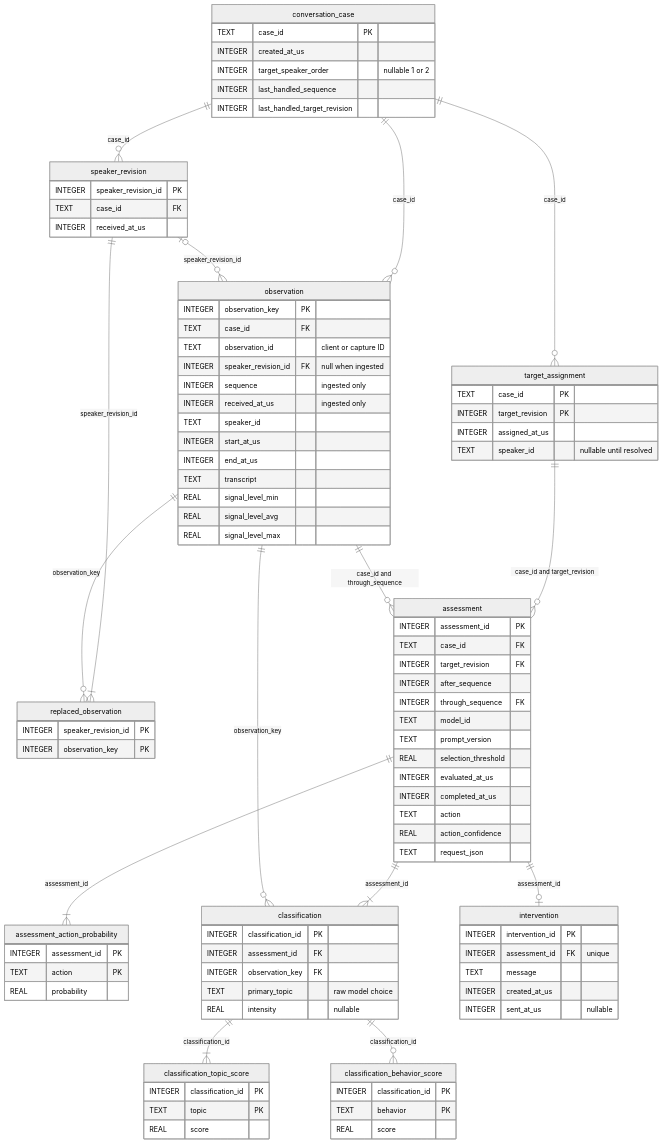
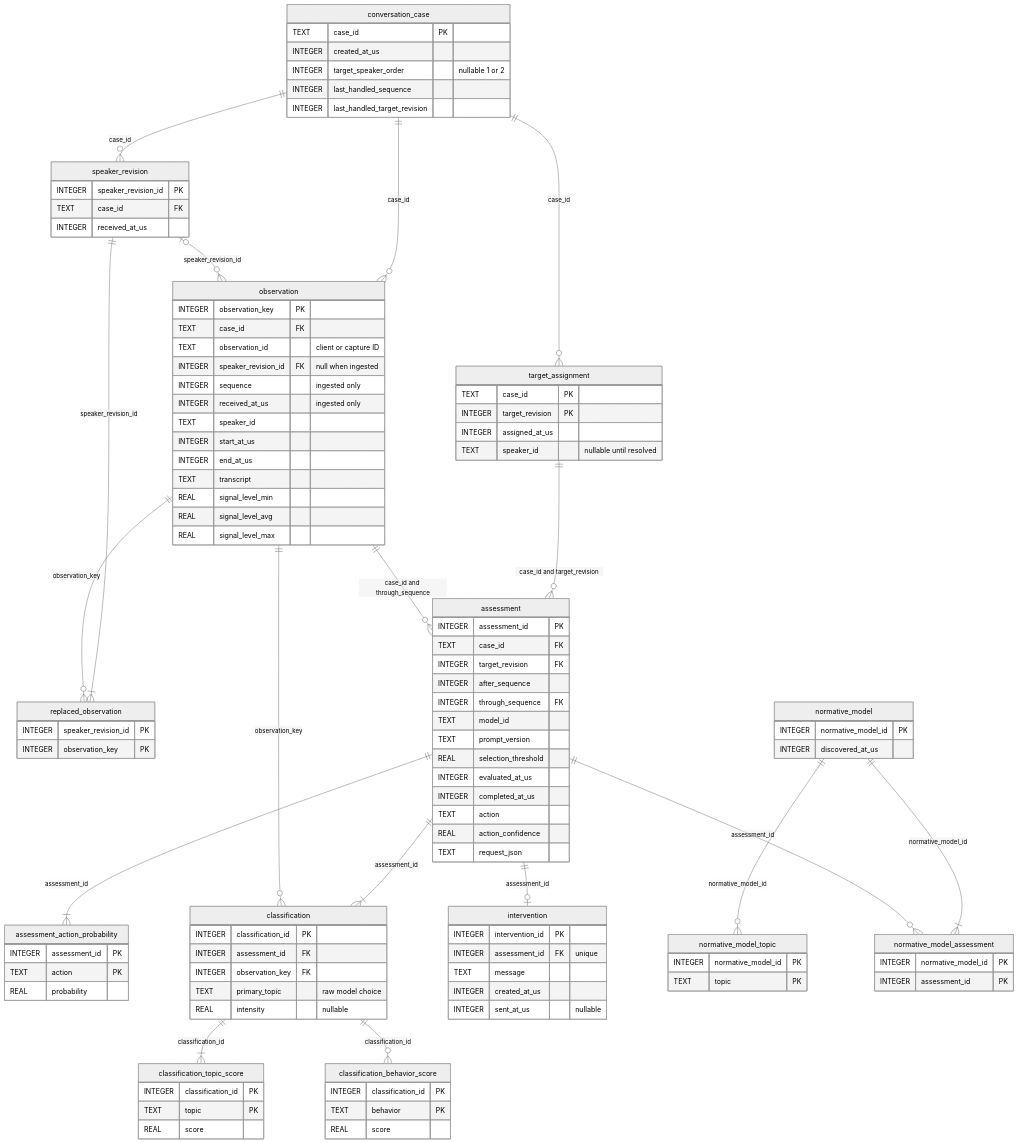
One commit to b-a-merritt/msse692 changed the diagram in docs/schema.md. Above: the diagram before and after it, drawn with Mermaid (neutral theme). The commit also changed 50 other files, not shown here.

````diff
--- a/docs/schema.md
+++ b/docs/schema.md
@@ -83,6 +83,18 @@
         INTEGER created_at_us
         INTEGER sent_at_us "nullable"
     }
+    normative_model {
+        INTEGER normative_model_id PK
+        INTEGER discovered_at_us
+    }
+    normative_model_topic {
+        INTEGER normative_model_id PK
+        TEXT topic PK
+    }
+    normative_model_assessment {
+        INTEGER normative_model_id PK
+        INTEGER assessment_id PK
+    }
     conversation_case ||--o{ target_assignment : "case_id"
     conversation_case ||--o{ observation : "case_id"
     conversation_case ||--o{ speaker_revision : "case_id"
@@ -97,4 +109,7 @@
     classification ||--|{ classification_topic_score : "classification_id"
     classification ||--o{ classification_behavior_score : "classification_id"
     assessment ||--o| intervention : "assessment_id"
+    normative_model ||--o{ normative_model_topic : "normative_model_id"
+    normative_model ||--|{ normative_model_assessment : "normative_model_id"
+    assessment ||--o{ normative_model_assessment : "assessment_id"
 ```
````
